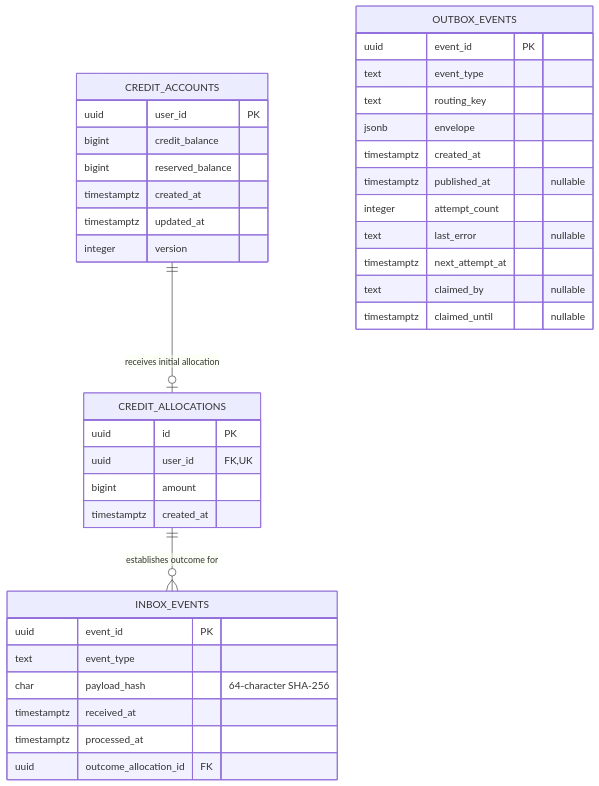
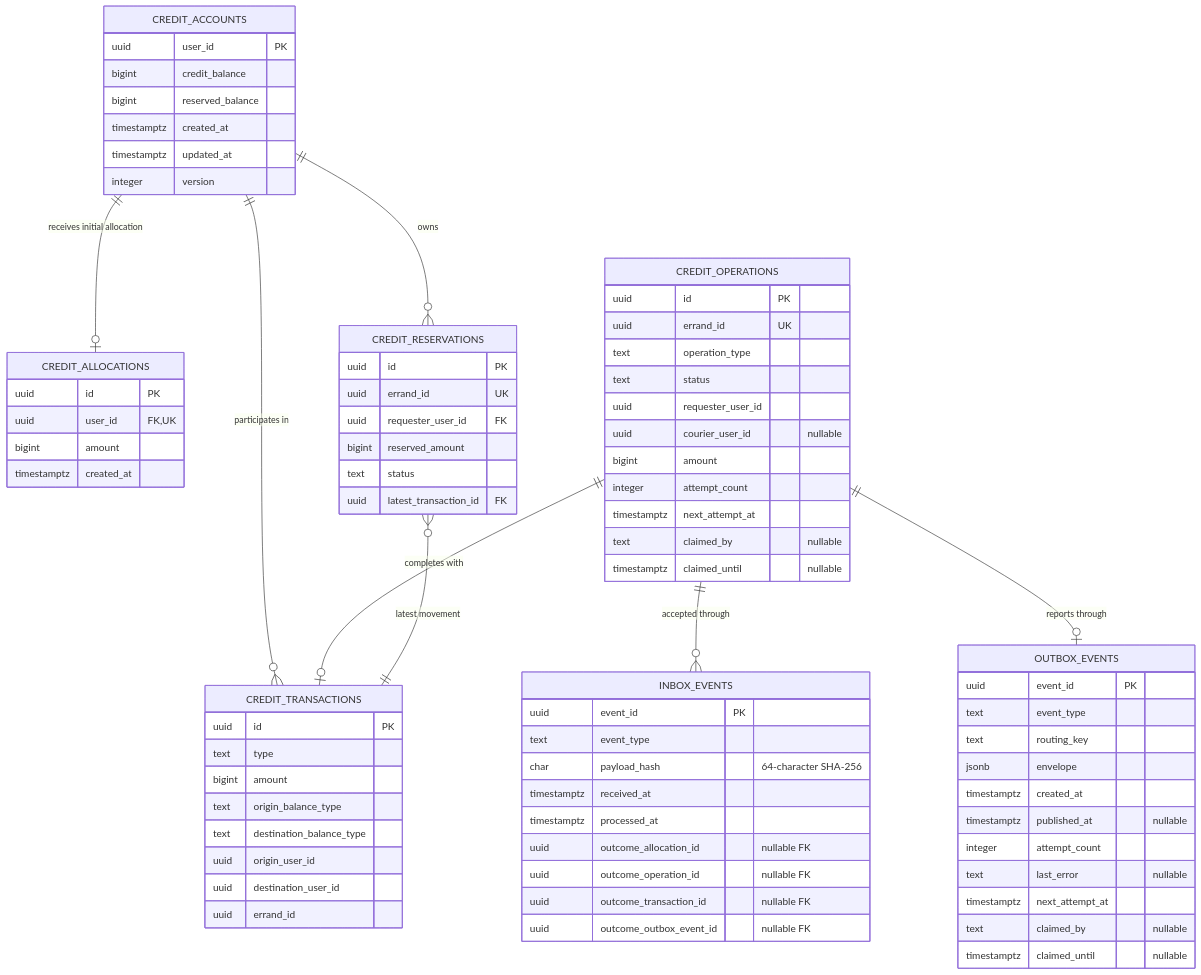
Before and after one commit to AY2627S1-CS3219-P27/FoC: the diagram in credit-service/README.md, drawn with Mermaid. The commit also changed other lines of this file and 1 other file, not shown here.

````diff
--- a/credit-service/README.md
+++ b/credit-service/README.md
@@ -429,7 +555,12 @@
 ```mermaid
 erDiagram
     CREDIT_ACCOUNTS ||--o| CREDIT_ALLOCATIONS : "receives initial allocation"
-    CREDIT_ALLOCATIONS ||--o{ INBOX_EVENTS : "establishes outcome for"
+    CREDIT_ACCOUNTS ||--o{ CREDIT_RESERVATIONS : "owns"
+    CREDIT_ACCOUNTS ||--o{ CREDIT_TRANSACTIONS : "participates in"
+    CREDIT_OPERATIONS ||--o{ INBOX_EVENTS : "accepted through"
+    CREDIT_OPERATIONS ||--o| CREDIT_TRANSACTIONS : "completes with"
+    CREDIT_OPERATIONS ||--o| OUTBOX_EVENTS : "reports through"
+    CREDIT_RESERVATIONS }o--|| CREDIT_TRANSACTIONS : "latest movement"
 
     CREDIT_ACCOUNTS {
         uuid user_id PK
@@ -447,13 +578,50 @@
         timestamptz created_at
     }
 
+    CREDIT_OPERATIONS {
+        uuid id PK
+        uuid errand_id UK
+        text operation_type
+        text status
+        uuid requester_user_id
+        uuid courier_user_id "nullable"
+        bigint amount
+        integer attempt_count
+        timestamptz next_attempt_at
+        text claimed_by "nullable"
+        timestamptz claimed_until "nullable"
+    }
+
+    CREDIT_RESERVATIONS {
+        uuid id PK
+        uuid errand_id UK
+        uuid requester_user_id FK
+        bigint reserved_amount
+        text status
+        uuid latest_transaction_id FK
+    }
+
+    CREDIT_TRANSACTIONS {
+        uuid id PK
+        text type
+        bigint amount
+        text origin_balance_type
+        text destination_balance_type
+        uuid origin_user_id
+        uuid destination_user_id
+        uuid errand_id
+    }
+
     INBOX_EVENTS {
         uuid event_id PK
         text event_type
         char payload_hash "64-character SHA-256"
         timestamptz received_at
         timestamptz processed_at
-        uuid outcome_allocation_id FK
+        uuid outcome_allocation_id "nullable FK"
+        uuid outcome_operation_id "nullable FK"
+        uuid outcome_transaction_id "nullable FK"
+        uuid outcome_outbox_event_id "nullable FK"
     }
 
     OUTBOX_EVENTS {
````
